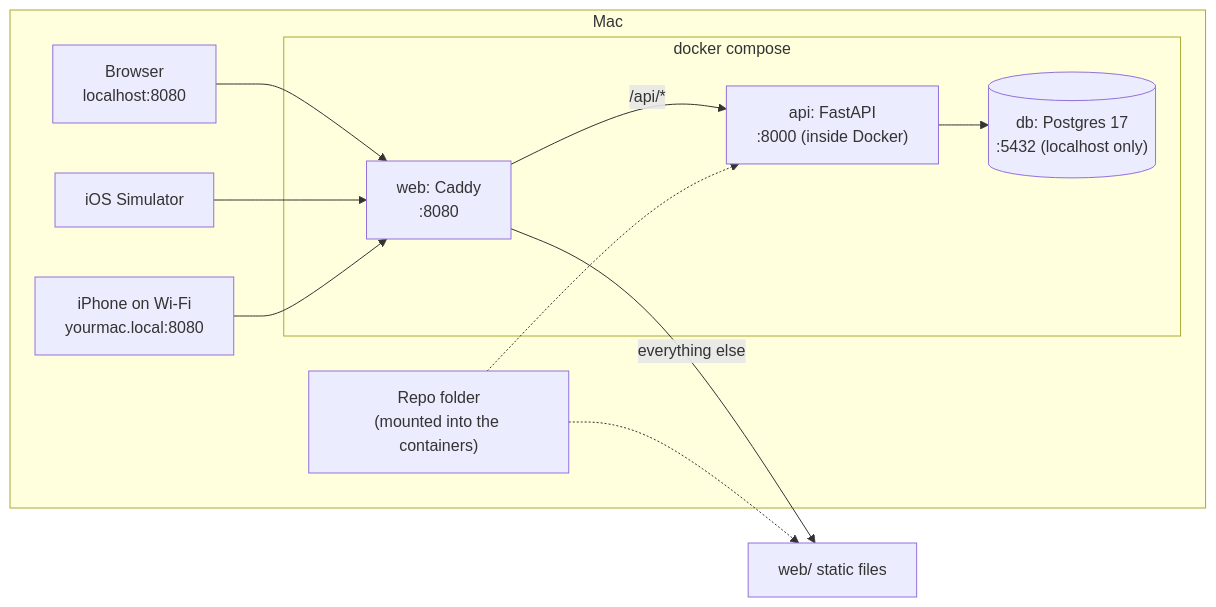
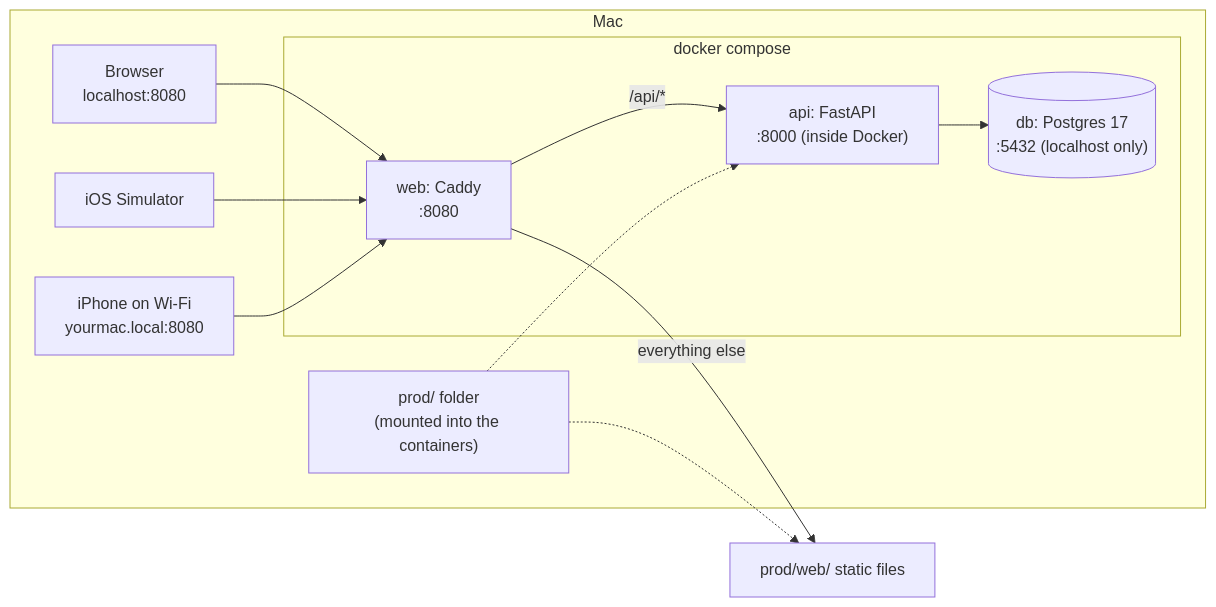
One commit to BigTMiami/threeden changed the first of 2 diagrams in docs/development_setup.md. Above: the diagram before and after it, drawn with Mermaid. The commit also changed other lines of this file and 11 other files, not shown here.

````diff
--- a/docs/development_setup.md
+++ b/docs/development_setup.md
@@ -15,22 +21,22 @@
 ```mermaid
 flowchart LR
   subgraph Mac
     BR["Browser<br/>localhost:8080"]
     SIM["iOS Simulator"]
     PH["iPhone on Wi-Fi<br/>yourmac.local:8080"]
     subgraph Docker["docker compose"]
       CADDY["web: Caddy<br/>:8080"]
       API["api: FastAPI<br/>:8000 (inside Docker)"]
       DB[("db: Postgres 17<br/>:5432 (localhost only)")]
     end
-    CODE["Repo folder<br/>(mounted into the containers)"]
+    CODE["prod/ folder<br/>(mounted into the containers)"]
   end
   BR --> CADDY
   SIM --> CADDY
   PH --> CADDY
   CADDY -->|"/api/*"| API
-  CADDY -->|"everything else"| STATIC["web/ static files"]
+  CADDY -->|"everything else"| STATIC["prod/web/ static files"]
   API --> DB
   CODE -.-> API
   CODE -.-> STATIC
 ```
````
